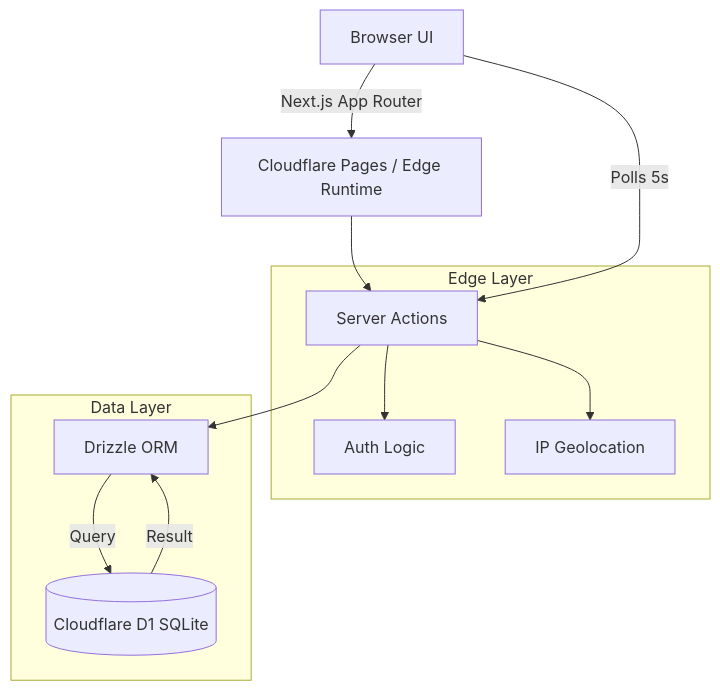
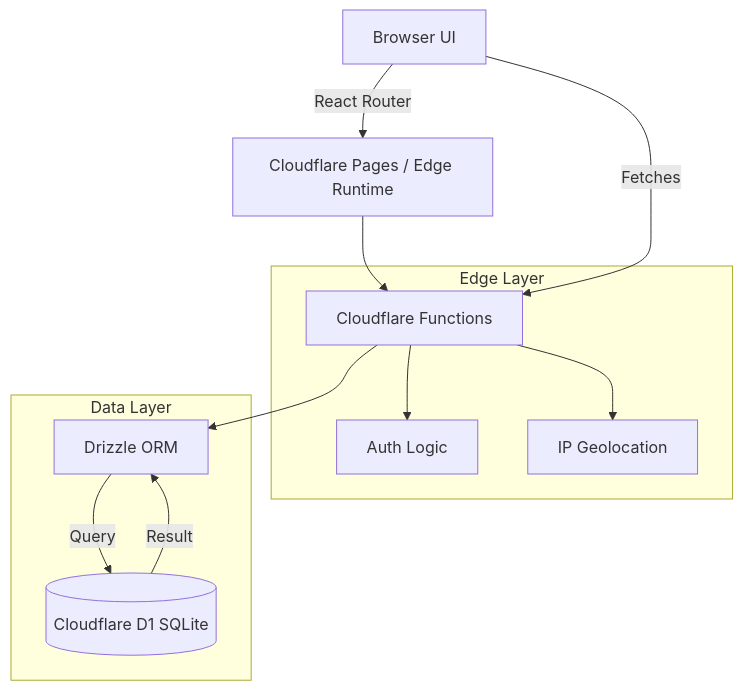
One commit to mortizz94/hotchair changed the diagram in README.md. Above: the diagram before and after it, drawn with Mermaid. The commit also changed other lines of this file, not shown here.

Commit message:
Update README to reflect Vite+React stack

````diff
--- a/README.md
+++ b/README.md
@@ -11,22 +11,22 @@
 ```mermaid
 graph TD
-    Client[Browser UI] -->|Next.js App Router| Edge[Cloudflare Pages / Edge Runtime]
+    Client[Browser UI] -->|React Router| Edge[Cloudflare Pages / Edge Runtime]
     
     subgraph Edge Layer
-        Actions[Server Actions]
+        API[Cloudflare Functions]
         Auth[Auth Logic]
         IP[IP Geolocation]
     end
     
     subgraph Data Layer
         Drizzle[Drizzle ORM] -->|Query| D1[(Cloudflare D1 SQLite)]
         D1 -->|Result| Drizzle
     end
     
-    Edge --> Actions
-    Actions --> Auth
-    Actions --> IP
-    Actions --> Drizzle
+    Edge --> API
+    API --> Auth
+    API --> IP
+    API --> Drizzle
     
-    Client -->|Polls 5s| Actions
+    Client -->|Fetches| API
 ```
````
